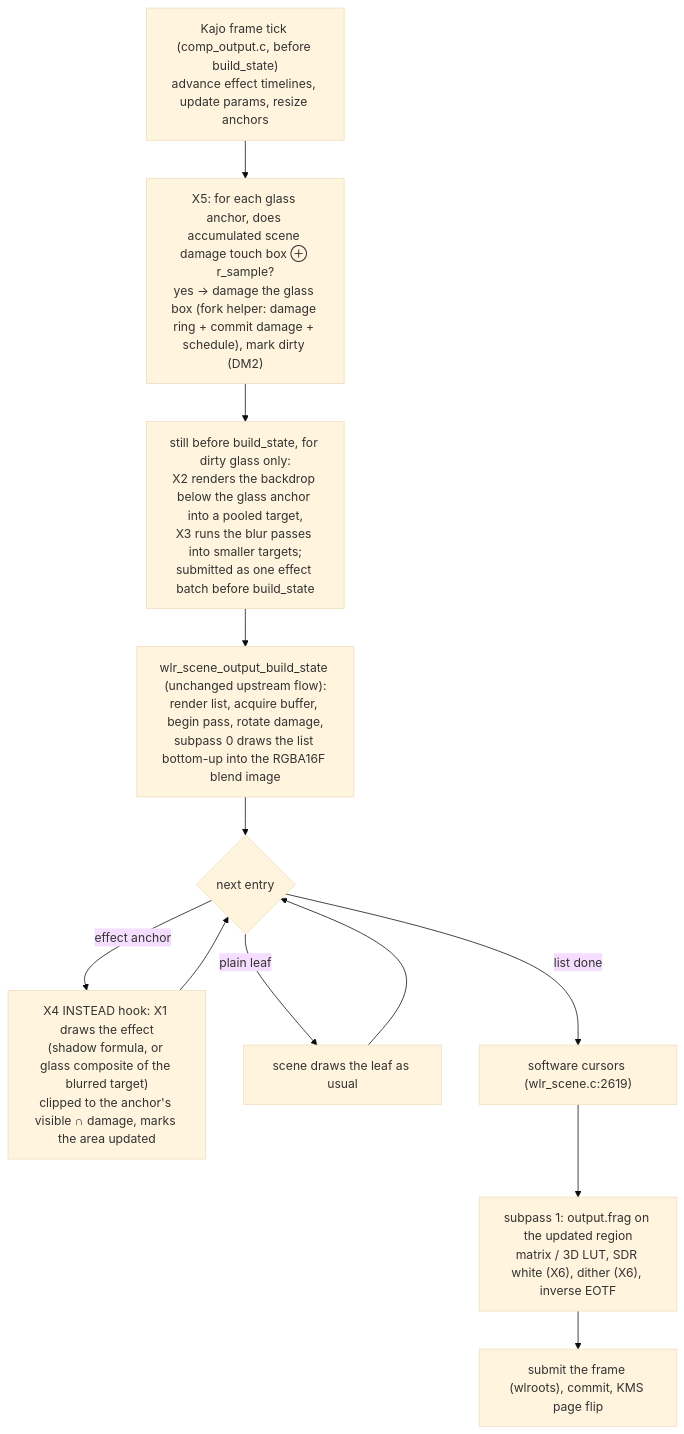
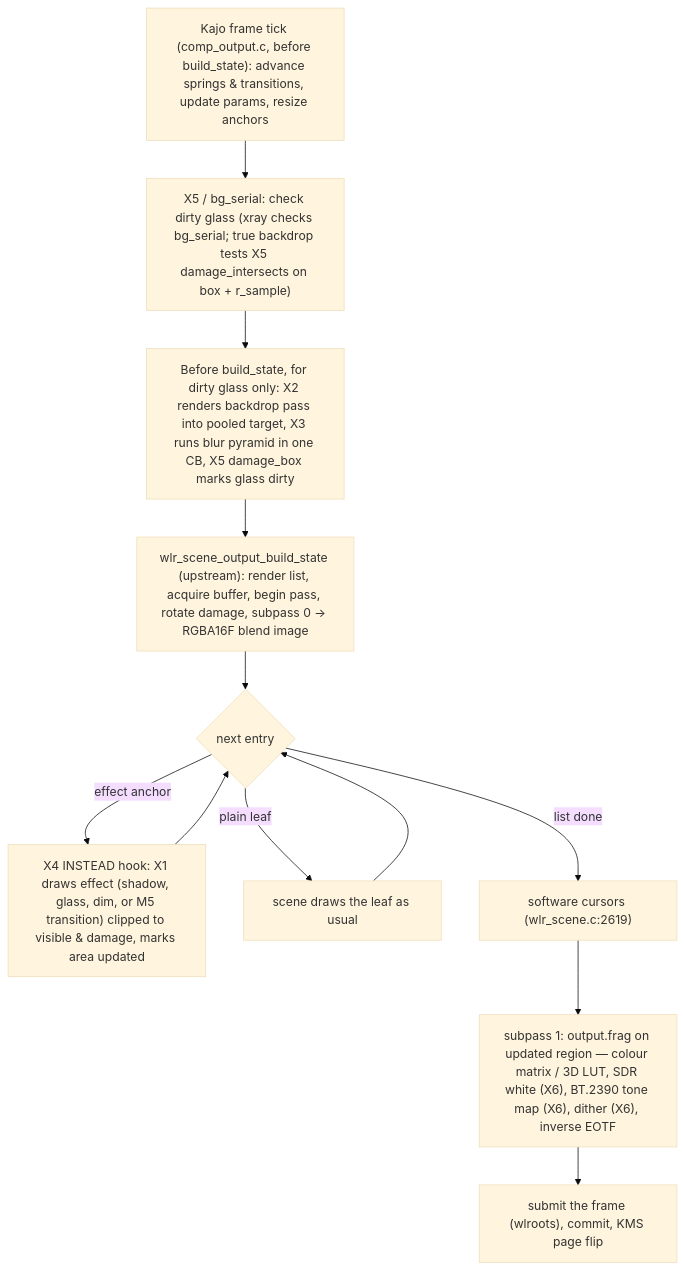
One commit to mikolas/Kajo changed the second of 3 diagrams in docs/spec_comp_effects.md. Above: the diagram before and after it, drawn with Mermaid (base theme). The commit also changed other lines of this file, not shown here.

Commit message:
docs(comp-fx): fix Mermaid diagrams and sync spec_comp_effects.md with M1-M5

````diff
--- a/docs/spec_comp_effects.md
+++ b/docs/spec_comp_effects.md
@@ -122,15 +132,15 @@
 ```mermaid
 flowchart TD
-  A["Kajo frame tick (comp_output.c, before build_state)<br/>advance effect timelines, update params, resize anchors"] --> B
-  B["X5: for each glass anchor, does accumulated scene damage touch box ⊕ r_sample?<br/>yes → damage the glass box (fork helper: damage ring + commit damage + schedule), mark dirty (DM2)"] --> C
-  C["still before build_state, for dirty glass only:<br/>X2 renders the backdrop below the glass anchor into a pooled target,<br/>X3 runs the blur passes into smaller targets;<br/>submitted as one effect batch before build_state"] --> D
-  D["wlr_scene_output_build_state (unchanged upstream flow):<br/>render list, acquire buffer, begin pass, rotate damage,<br/>subpass 0 draws the list bottom-up into the RGBA16F blend image"] --> E
+  A["Kajo frame tick (comp_output.c, before build_state): advance springs & transitions, update params, resize anchors"] --> B
+  B["X5 / bg_serial: check dirty glass (xray checks bg_serial; true backdrop tests X5 damage_intersects on box + r_sample)"] --> C
+  C["Before build_state, for dirty glass only: X2 renders backdrop pass into pooled target, X3 runs blur pyramid in one CB, X5 damage_box marks glass dirty"] --> D
+  D["wlr_scene_output_build_state (upstream): render list, acquire buffer, begin pass, rotate damage, subpass 0 -> RGBA16F blend image"] --> E
   E{"next entry"} -->|"effect anchor"| F
   E -->|"plain leaf"| G
-  F["X4 INSTEAD hook: X1 draws the effect<br/>(shadow formula, or glass composite of the blurred target)<br/>clipped to the anchor's visible ∩ damage, marks the area updated"] --> E
+  F["X4 INSTEAD hook: X1 draws effect (shadow, glass, dim, or M5 transition) clipped to visible & damage, marks area updated"] --> E
   G["scene draws the leaf as usual"] --> E
   E -->|"list done"| H
   H["software cursors (wlr_scene.c:2619)"] --> I
-  I["subpass 1: output.frag on the updated region<br/>matrix / 3D LUT, SDR white (X6), dither (X6), inverse EOTF"] --> J
+  I["subpass 1: output.frag on updated region — colour matrix / 3D LUT, SDR white (X6), BT.2390 tone map (X6), dither (X6), inverse EOTF"] --> J
   J["submit the frame (wlroots), commit, KMS page flip"]
 ```
````
